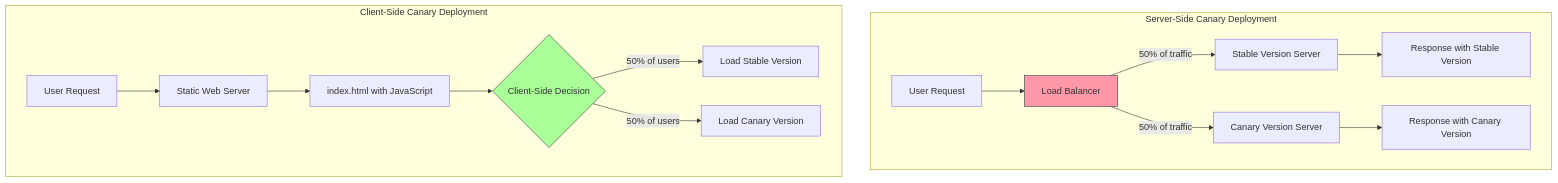
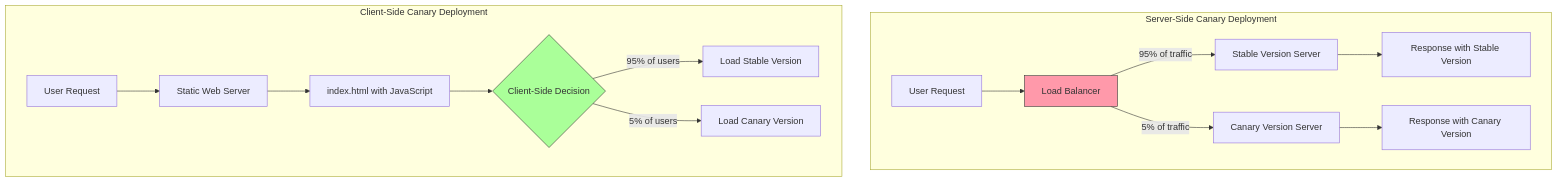
Before and after one commit to lloydchang/client-side-canary-deployment: the second of 2 diagrams in README.md, drawn with Mermaid. The commit also changed other lines of this file, not shown here.

````diff
--- a/README.md
+++ b/README.md
@@ -41,21 +41,21 @@
  ```mermaid
  graph TD
      subgraph "Server-Side Canary Deployment"
          A[User Request] --> B[Load Balancer]
-         B -->|50% of traffic| C[Stable Version Server]
-         B -->|50% of traffic| D[Canary Version Server]
+         B -->|95% of traffic| C[Stable Version Server]
+         B -->|5% of traffic| D[Canary Version Server]
          C --> E[Response with Stable Version]
          D --> F[Response with Canary Version]
      end
      
      subgraph "Client-Side Canary Deployment"
          G[User Request] --> H[Static Web Server]
          H --> I[index.html with JavaScript]
          I --> J{Client-Side Decision}
-         J -->|50% of users| K[Load Stable Version]
-         J -->|50% of users| L[Load Canary Version]
+         J -->|95% of users| K[Load Stable Version]
+         J -->|5% of users| L[Load Canary Version]
      end
      
      style B fill:#f9a,stroke:#333
      style J fill:#af9,stroke:#333
 ```
````
